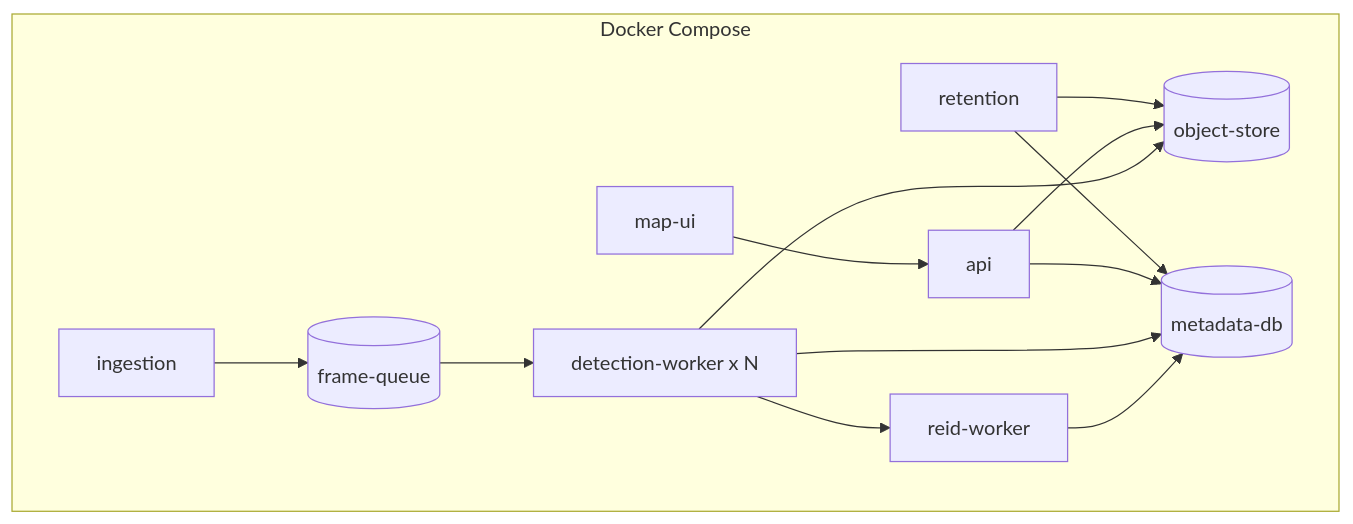
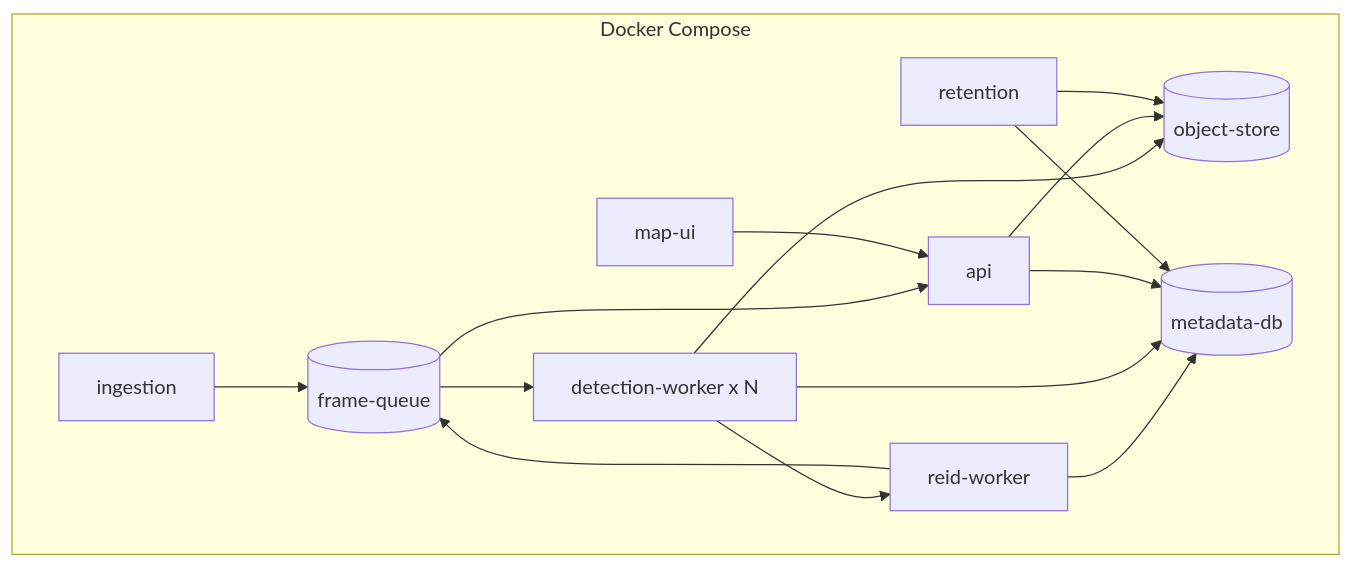
One commit to Chitresh-code/surveillance-platform changed the fourth of 4 diagrams in docs/ARCHITECTURE.md. Above: the diagram before and after it, drawn with Mermaid. The commit also changed other lines of this file and 3 other files, not shown here.

````diff
--- a/docs/ARCHITECTURE.md
+++ b/docs/ARCHITECTURE.md
@@ -110,23 +112,25 @@
 ```mermaid
 flowchart TB
     subgraph docker[Docker Compose]
         ing[ingestion]
         det[detection-worker x N]
         reid[reid-worker]
         api[api]
         gc[retention]
         db[(metadata-db)]
         obj[(object-store)]
         mq[(frame-queue)]
         web[map-ui]
     end
     ing --> mq --> det
     det --> obj
     det --> reid --> db
     det --> db
+    reid --> mq
+    mq --> api
     api --> db
     api --> obj
     web --> api
     gc --> db
     gc --> obj
 ```
````
